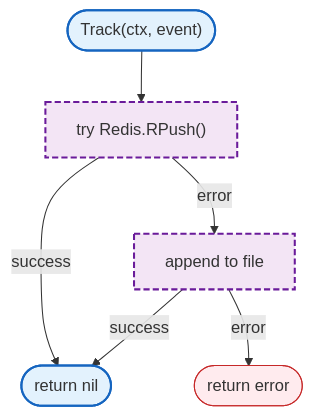
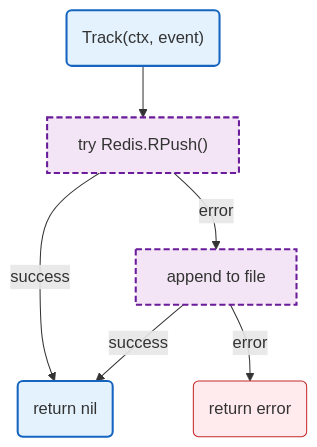
The diagram in docs/internal/llm-proxy/usage.md (radch-ai/ava), drawn with Mermaid before and after one commit. The commit also changed 24 other files, not shown here.

First line of the commit message:
fix(docs): fix mermaid syntax errors in all diagrams

````diff
--- a/docs/internal/llm-proxy/usage.md
+++ b/docs/internal/llm-proxy/usage.md
@@ -7,16 +7,16 @@
 ```mermaid
 flowchart TB
-    Start(["Track(ctx, event)"]) --> TryRedis["try Redis.RPush()"]
-    TryRedis -->|success| Done(["return nil"])
+    Start("Track(ctx, event)") --> TryRedis["try Redis.RPush()"]
+    TryRedis -->|success| Done("return nil")
     TryRedis -->|error| Fallback["append to file"]
     Fallback -->|success| Done
-    Fallback -->|error| Err(["return error"])
+    Fallback -->|error| Err("return error")
 
     classDef mainFn fill:#e3f2fd,stroke:#1565c0,stroke-width:2px
     classDef internalFn fill:#f3e5f5,stroke:#6a1b9a,stroke-width:2px,stroke-dasharray:6 3
     classDef errorFlow fill:#ffebee,stroke:#c62828,stroke-width:1px
 
     class Start,Done mainFn
     class TryRedis,Fallback internalFn
     class Err errorFlow
 ```
````
